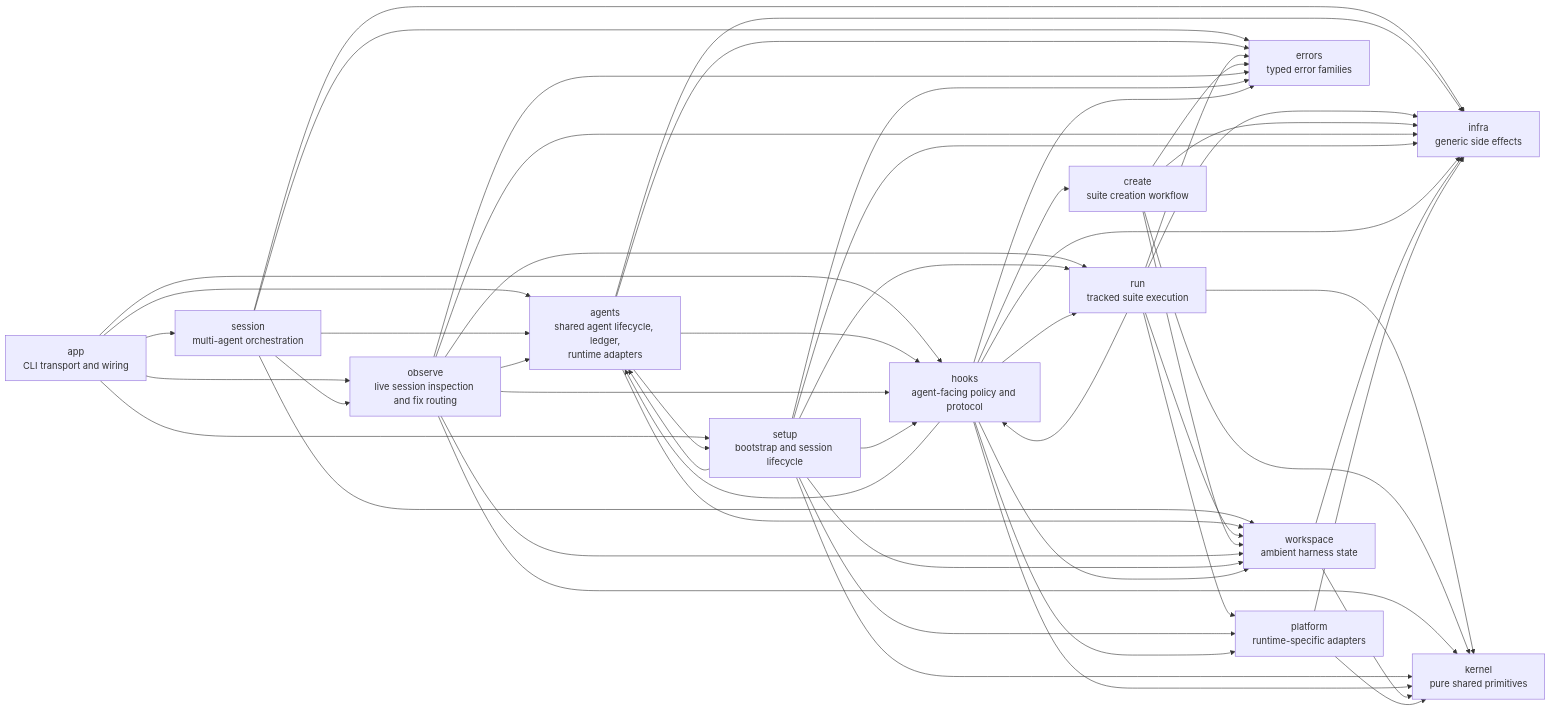
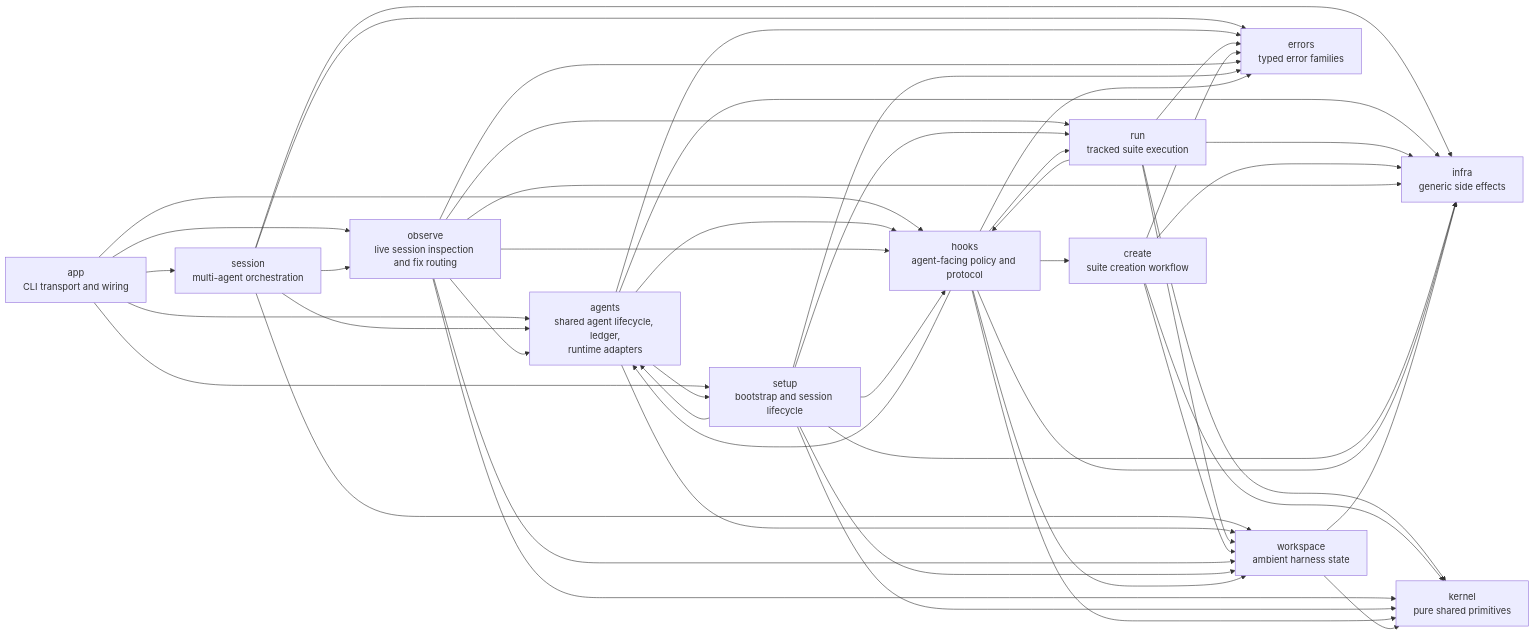
The first of 3 diagrams in ARCHITECTURE.md (smykla-skalski/harness), drawn with Mermaid before and after one commit. The commit also changed other lines of this file and 3 other files, not shown here.

````diff
--- a/ARCHITECTURE.md
+++ b/ARCHITECTURE.md
@@ -9,79 +9,73 @@
 ```mermaid
 flowchart LR
     App["app\nCLI transport and wiring"]
 
     Agents["agents\nshared agent lifecycle, ledger,\nruntime adapters"]
     Session["session\nmulti-agent orchestration"]
     Run["run\ntracked suite execution"]
     Create["create\nsuite creation workflow"]
     Observe["observe\nlive session inspection and fix routing"]
     Setup["setup\nbootstrap and session lifecycle"]
     Hooks["hooks\nagent-facing policy and protocol"]
 
     Kernel["kernel\npure shared primitives"]
     Workspace["workspace\nambient harness state"]
-    Platform["platform\nruntime-specific adapters"]
     Infra["infra\ngeneric side effects"]
     Errors["errors\ntyped error families"]
 
     App --> Agents
     App --> Session
     App --> Observe
     App --> Setup
     App --> Hooks
 
     Session --> Agents
     Session --> Observe
     Session --> Workspace
     Session --> Infra
     Session --> Errors
 
     Agents --> Hooks
     Agents --> Setup
     Agents --> Workspace
     Agents --> Infra
     Agents --> Errors
 
     Run --> Hooks
     Run --> Kernel
     Run --> Workspace
-    Run --> Platform
     Run --> Infra
     Run --> Errors
 
     Create --> Kernel
     Create --> Workspace
     Create --> Infra
     Create --> Errors
 
     Observe --> Hooks
     Observe --> Agents
     Observe --> Run
     Observe --> Kernel
     Observe --> Workspace
     Observe --> Infra
     Observe --> Errors
 
     Setup --> Hooks
     Setup --> Agents
     Setup --> Run
     Setup --> Kernel
     Setup --> Workspace
-    Setup --> Platform
     Setup --> Infra
     Setup --> Errors
 
     Hooks --> Run
     Hooks --> Create
     Hooks --> Agents
-    Hooks --> Platform
     Hooks --> Kernel
     Hooks --> Workspace
     Hooks --> Infra
     Hooks --> Errors
 
     Workspace --> Kernel
     Workspace --> Infra
-    Platform --> Kernel
-    Platform --> Infra
 ```
````
